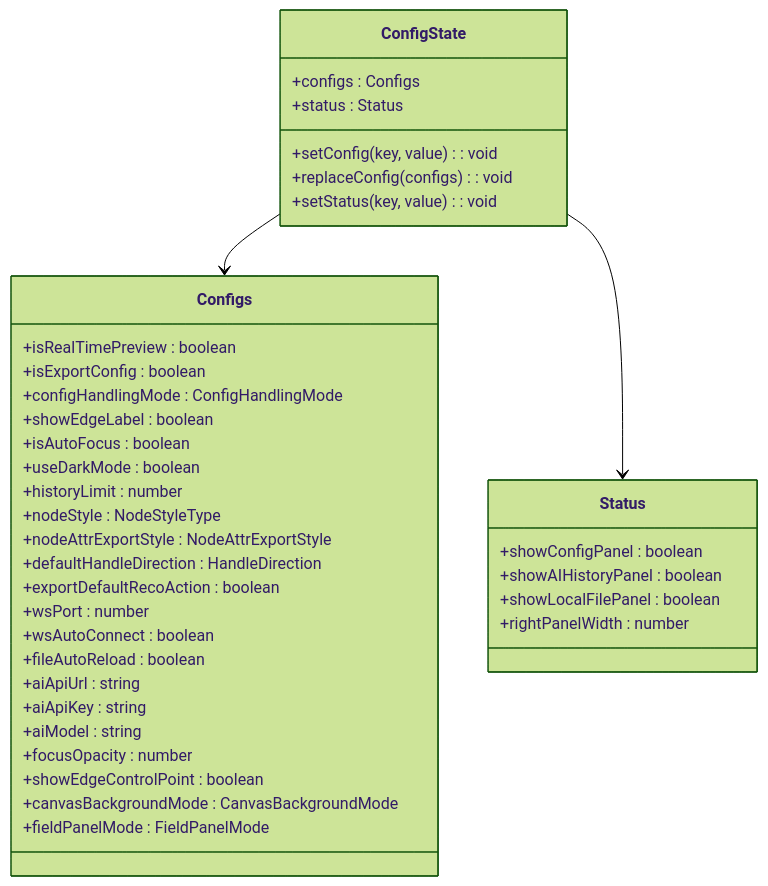
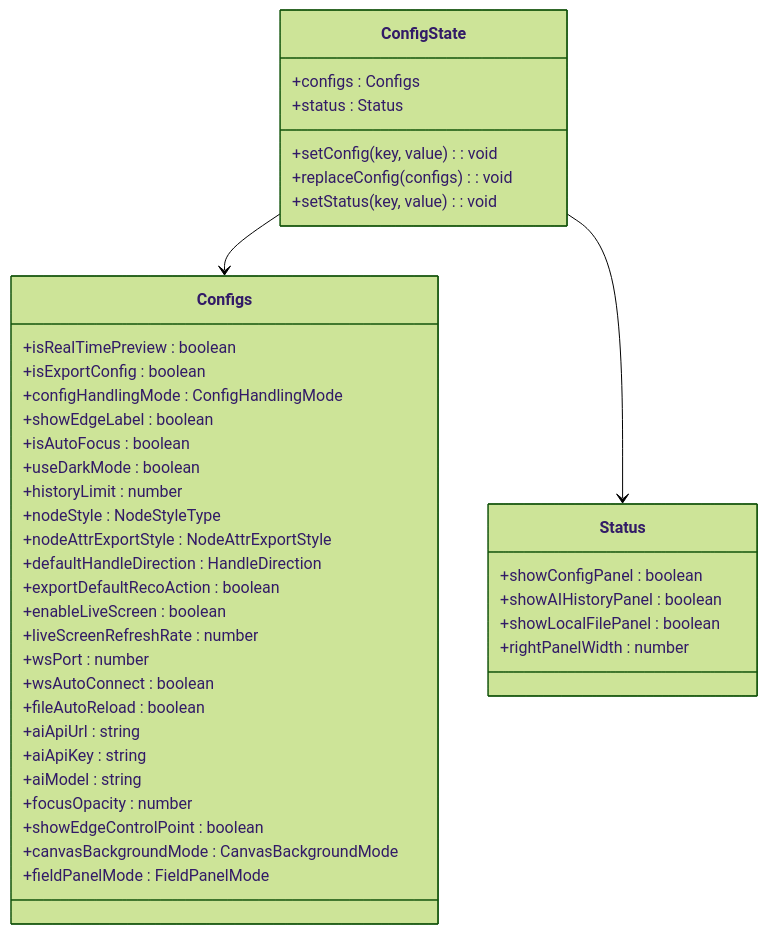
Before and after one commit to kqcoxn/MaaPipelineEditor: the fifth of 11 diagrams in .qoder/repowiki/zh/content/核心概念/配置面板.md, drawn with Mermaid (forest theme). The commit also changed other lines of this file and 6 other files, not shown here.

````diff
--- a/.qoder/repowiki/zh/content/核心概念/配置面板.md
+++ b/.qoder/repowiki/zh/content/核心概念/配置面板.md
@@ -161,41 +167,43 @@
 ```mermaid
 classDiagram
 class ConfigState {
 +configs : Configs
 +setConfig(key, value) : void
 +replaceConfig(configs) : void
 +status : Status
 +setStatus(key, value) : void
 }
 class Configs {
 +isRealTimePreview : boolean
 +isExportConfig : boolean
 +configHandlingMode : ConfigHandlingMode
 +showEdgeLabel : boolean
 +isAutoFocus : boolean
 +useDarkMode : boolean
 +historyLimit : number
 +nodeStyle : NodeStyleType
 +nodeAttrExportStyle : NodeAttrExportStyle
 +defaultHandleDirection : HandleDirection
 +exportDefaultRecoAction : boolean
++enableLiveScreen : boolean
++liveScreenRefreshRate : number
 +wsPort : number
 +wsAutoConnect : boolean
 +fileAutoReload : boolean
 +aiApiUrl : string
 +aiApiKey : string
 +aiModel : string
 +focusOpacity : number
 +showEdgeControlPoint : boolean
 +canvasBackgroundMode : CanvasBackgroundMode
 +fieldPanelMode : FieldPanelMode
 }
 class Status {
 +showConfigPanel : boolean
 +showAIHistoryPanel : boolean
 +showLocalFilePanel : boolean
 +rightPanelWidth : number
 }
 ConfigState --> Configs
 ConfigState --> Status
 ```
````
